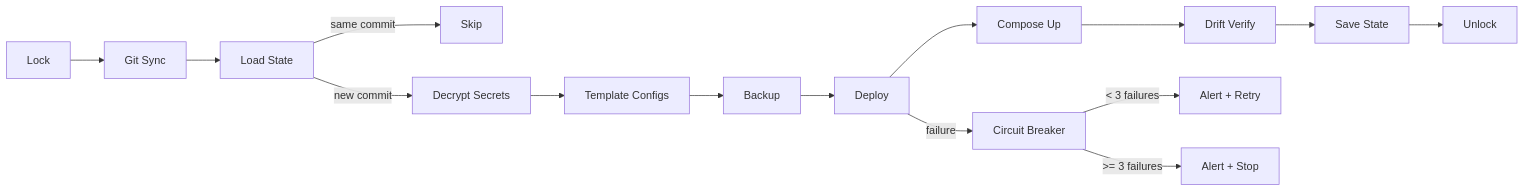
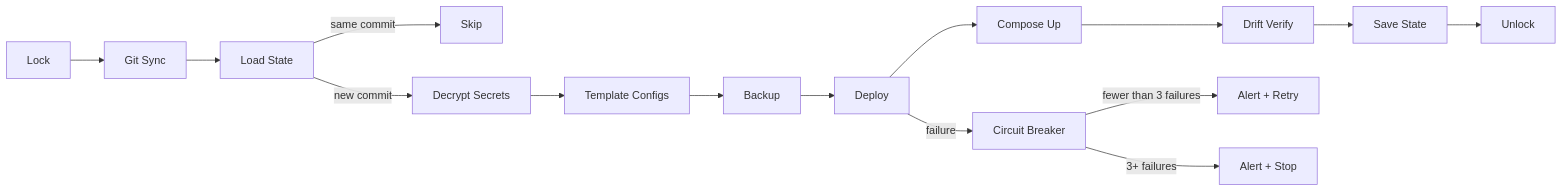
Before and after one commit to cameronsjo/bosun: the diagram in docs/diagrams/reconcile-pipeline.mmd, drawn with Mermaid. The commit also changed 15 other files, not shown here.

```diff
--- a/docs/diagrams/reconcile-pipeline.mmd
+++ b/docs/diagrams/reconcile-pipeline.mmd
@@ -1,15 +1,15 @@
 flowchart LR
     Lock[Lock] --> GitSync[Git Sync]
     GitSync --> LoadState[Load State]
     LoadState -->|same commit| Skip[Skip]
     LoadState -->|new commit| Decrypt[Decrypt Secrets]
     Decrypt --> TemplateConfigs[Template Configs]
     TemplateConfigs --> Backup[Backup]
     Backup --> DeployStep[Deploy]
     DeployStep --> ComposeUp[Compose Up]
     ComposeUp --> DriftVerify[Drift Verify]
     DriftVerify --> SaveState[Save State]
     SaveState --> Unlock[Unlock]
     DeployStep -->|failure| CB[Circuit Breaker]
-    CB -->|< 3 failures| Retry[Alert + Retry]
-    CB -->|>= 3 failures| Stop[Alert + Stop]
+    CB -->|fewer than 3 failures| Retry[Alert + Retry]
+    CB -->|3+ failures| Stop[Alert + Stop]
```
